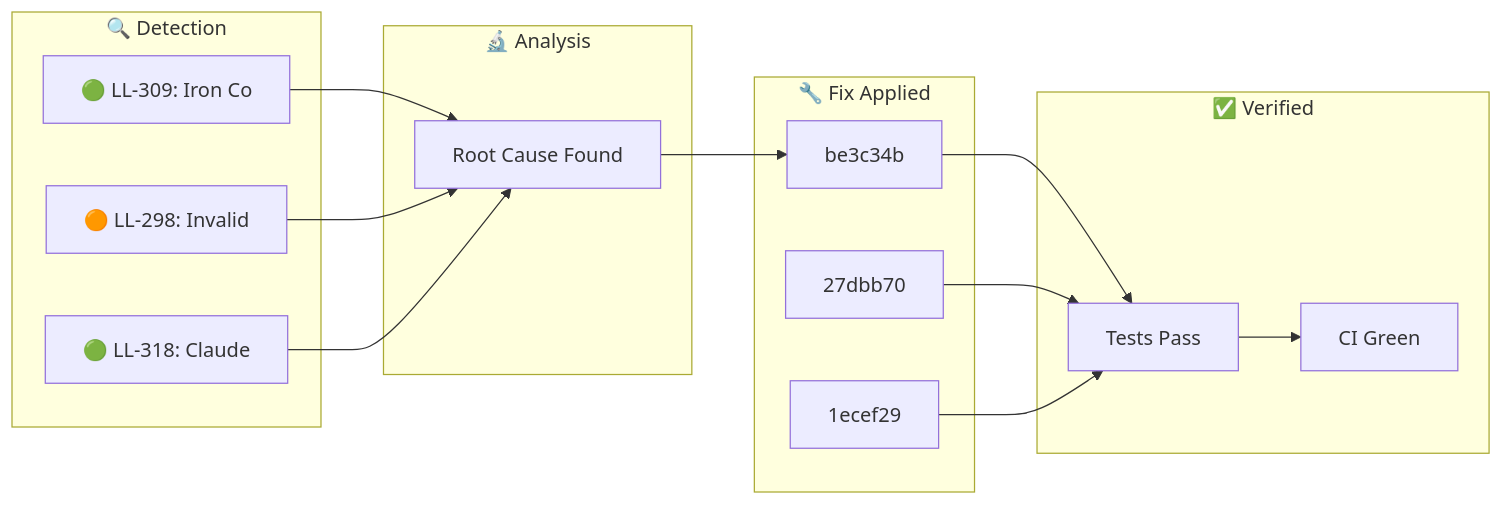
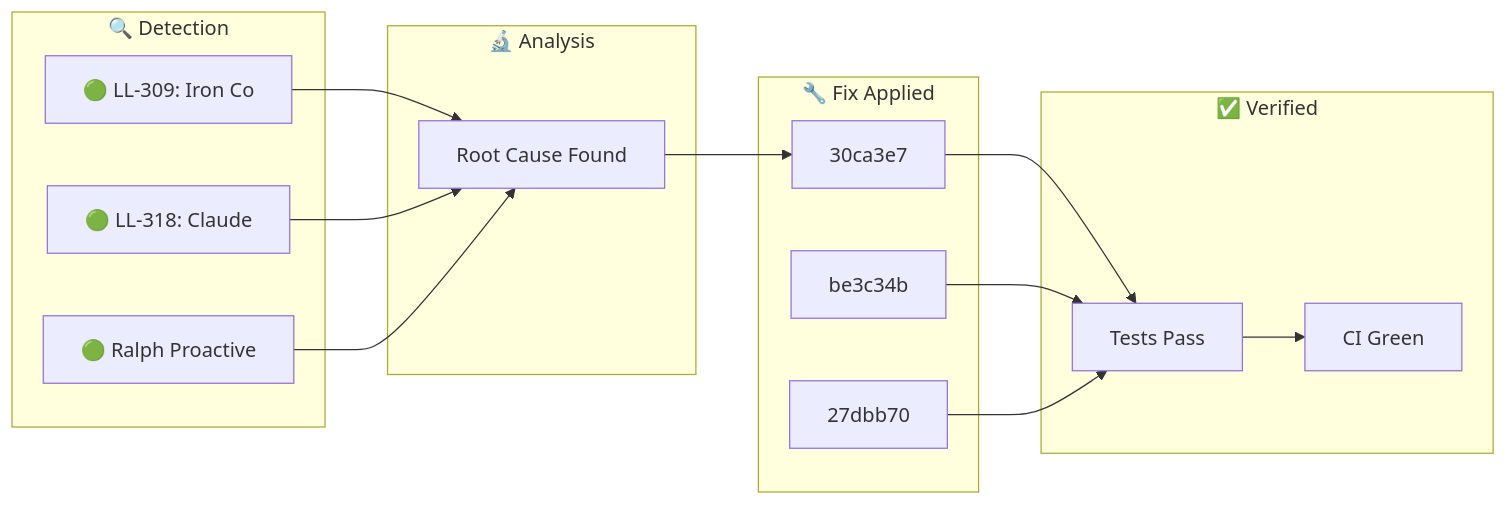
Before and after one commit to YoByron/trading: the diagram in docs/_posts/2026-01-31-ralph-discovery.md, drawn with Mermaid. The commit also changed other lines of this file, not shown here.

Commit message:
docs(ralph): Auto-publish discovery blog post

````diff
--- a/docs/_posts/2026-01-31-ralph-discovery.md
+++ b/docs/_posts/2026-01-31-ralph-discovery.md
@@ -17,28 +17,28 @@
 ```mermaid
 flowchart LR
     subgraph Detection["🔍 Detection"]
         D1["🟢 LL-309: Iron Co"]
-        D2["🟠 LL-298: Invalid"]
-        D3["🟢 LL-318: Claude "]
+        D2["🟢 LL-318: Claude "]
+        D3["🟢 Ralph Proactive"]
     end
     subgraph Analysis["🔬 Analysis"]
         A1["Root Cause Found"]
     end
     subgraph Fix["🔧 Fix Applied"]
-        F1["be3c34b"]
-        F2["27dbb70"]
-        F3["1ecef29"]
+        F1["30ca3e7"]
+        F2["be3c34b"]
+        F3["27dbb70"]
     end
     subgraph Verify["✅ Verified"]
         V1["Tests Pass"]
         V2["CI Green"]
     end
     D1 --> A1
     D2 --> A1
     D3 --> A1
     A1 --> F1
     F1 --> V1
     F2 --> V1
     F3 --> V1
     V1 --> V2
 ```
````
